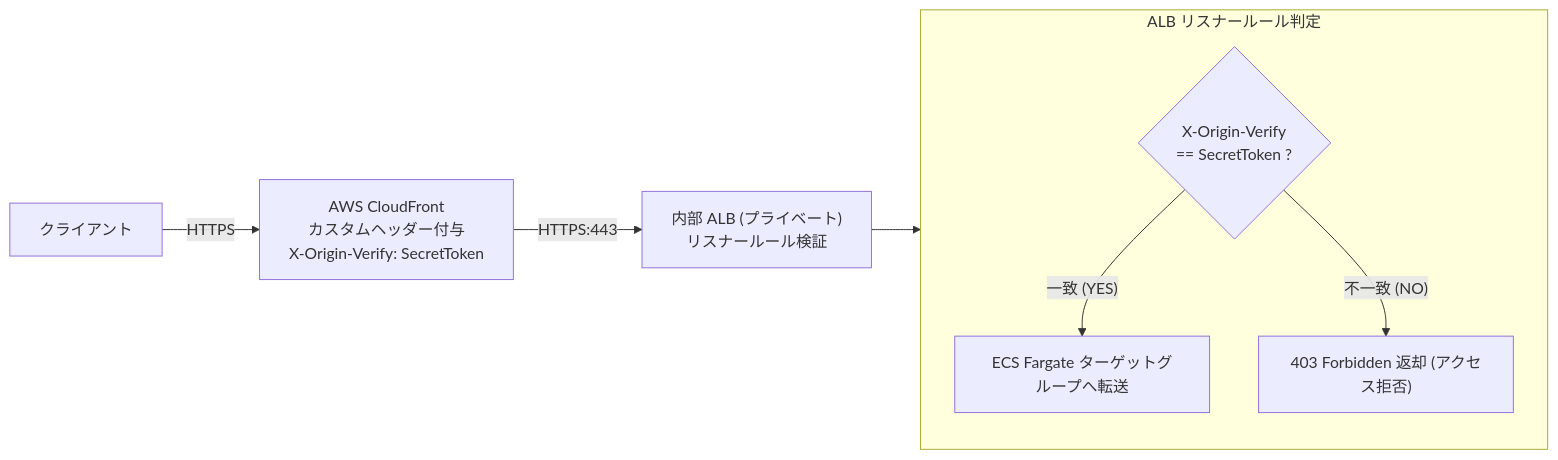
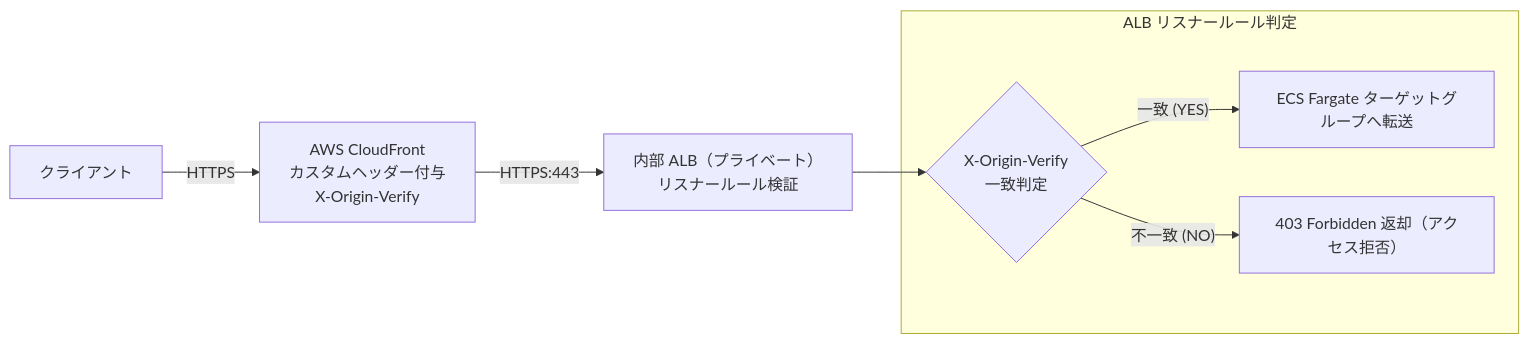
One commit to hide104y/markdown changed the sixth of 17 diagrams in AWS：ECS.md. Above: the diagram before and after it, drawn with Mermaid. The commit also changed other lines of this file, not shown here.

Commit message:
GitHubのMermaidパーサーとの互換性考慮（その２）

````diff
--- a/AWS：ECS.md
+++ b/AWS：ECS.md
@@ -605,13 +607,13 @@
 ```mermaid
 flowchart LR
-    Client["クライアント"] -->|"HTTPS"| CF["AWS CloudFront<br>カスタムヘッダー付与<br>X-Origin-Verify: SecretToken"]
-    CF -->|"HTTPS:443"| ALB["内部 ALB (プライベート)<br>リスナールール検証"]
+    Client["クライアント"] -->|"HTTPS"| CF["AWS CloudFront<br>カスタムヘッダー付与<br>X-Origin-Verify"]
+    CF -->|"HTTPS:443"| ALB["内部 ALB（プライベート）<br>リスナールール検証"]
     
     subgraph ALB_Rule ["ALB リスナールール判定"]
-        Check{"X-Origin-Verify<br>== SecretToken ?"}
+        Check{"X-Origin-Verify<br>一致判定"}
         Check -->|"一致 (YES)"| Forward["ECS Fargate ターゲットグループへ転送"]
-        Check -->|"不一致 (NO)"| Block["403 Forbidden 返却 (アクセス拒否)"]
+        Check -->|"不一致 (NO)"| Block["403 Forbidden 返却（アクセス拒否）"]
     end
 
-    ALB --> ALB_Rule
+    ALB --> Check
 ```
````
